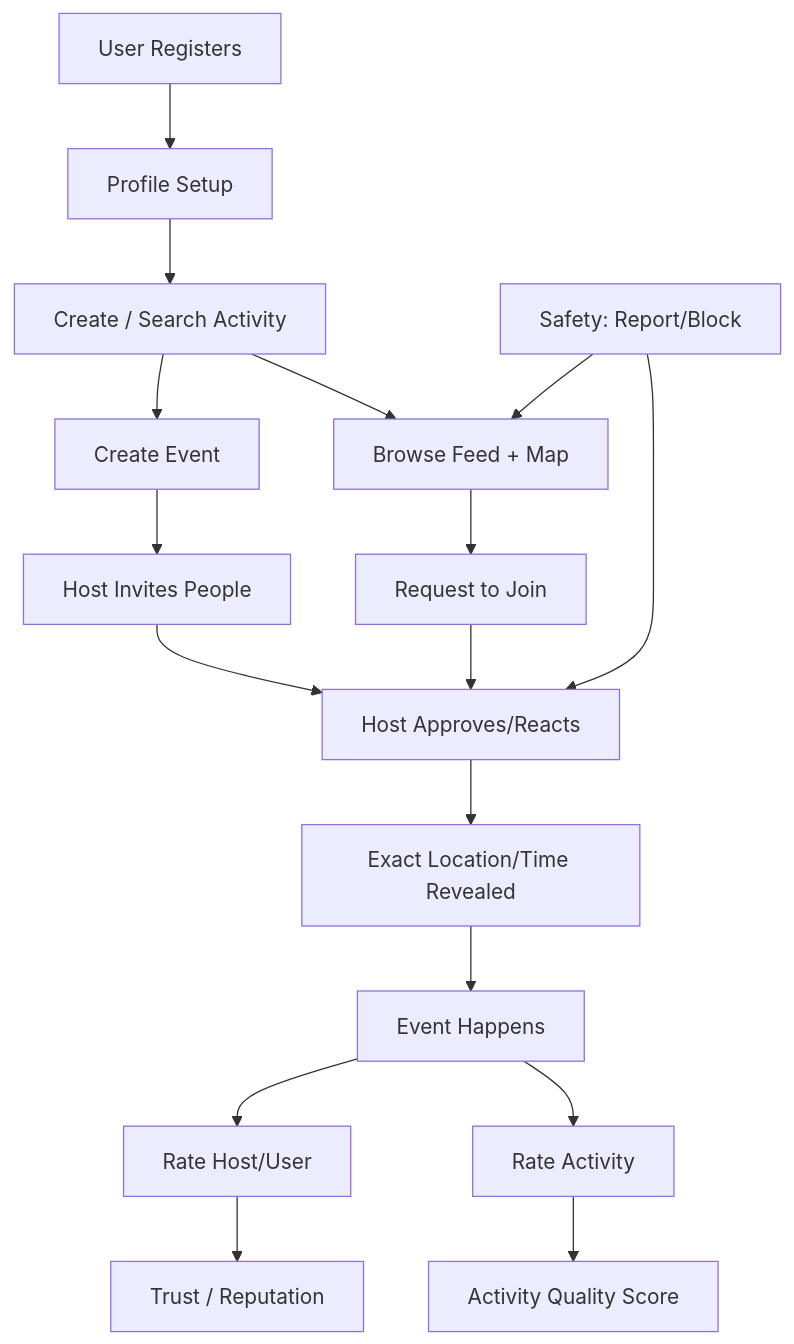
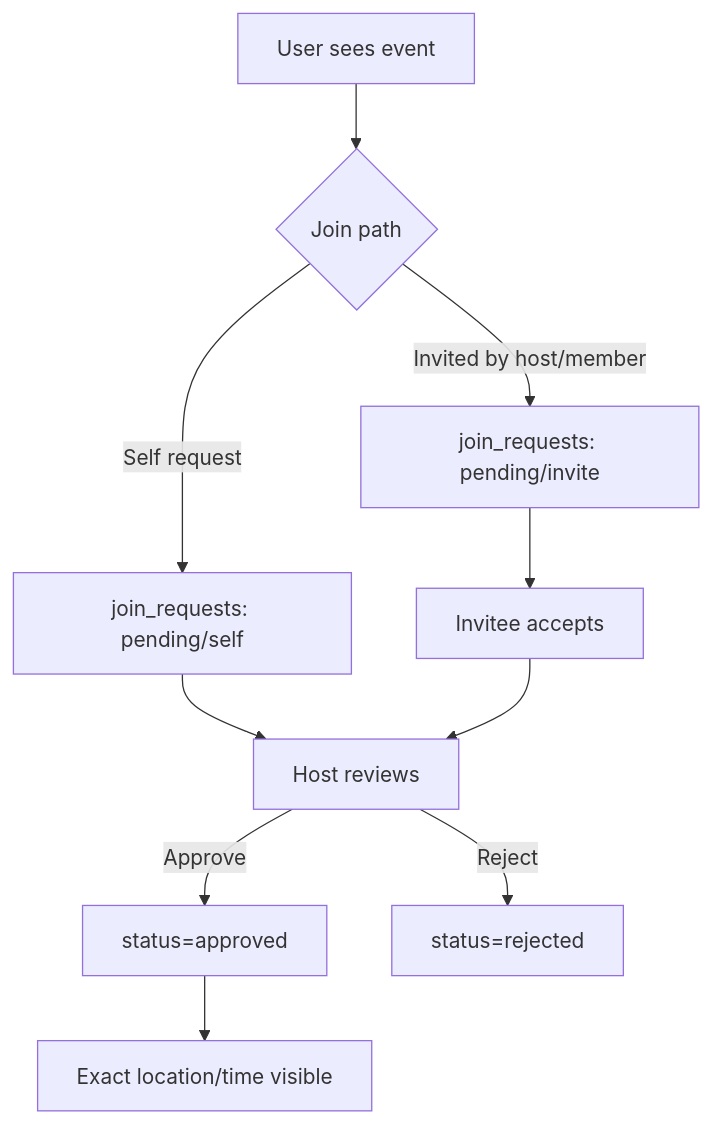
The second of 3 diagrams in gathr/ARCHITECTURE.md (lafrenas/gathr), drawn with Mermaid before and after one commit. The commit also changed other lines of this file, not shown here.

Commit message:
docs: expand architecture with detailed frontend/backend design and flows

````diff
--- a/gathr/ARCHITECTURE.md
+++ b/gathr/ARCHITECTURE.md
@@ -5,19 +161,12 @@
 ```mermaid
 flowchart TD
-  A[User Registers] --> B[Profile Setup]
-  B --> C[Create / Search Activity]
-  C --> D[Create Event]
-  C --> E[Browse Feed + Map]
-  E --> F[Request to Join]
-  D --> G[Host Invites People]
-  F --> H[Host Approves/Reacts]
-  G --> H
-  H --> I[Exact Location/Time Revealed]
-  I --> J[Event Happens]
-  J --> K[Rate Host/User]
-  J --> L[Rate Activity]
-  K --> M[Trust / Reputation]
-  L --> N[Activity Quality Score]
-  O[Safety: Report/Block] --> E
-  O --> H
+  A[User sees event] --> B{Join path}
+  B -->|Self request| C[join_requests: pending/self]
+  B -->|Invited by host/member| D[join_requests: pending/invite]
+  D --> E[Invitee accepts]
+  C --> F[Host reviews]
+  E --> F
+  F -->|Approve| G[status=approved]
+  F -->|Reject| H[status=rejected]
+  G --> I[Exact location/time visible]
 ```
````
